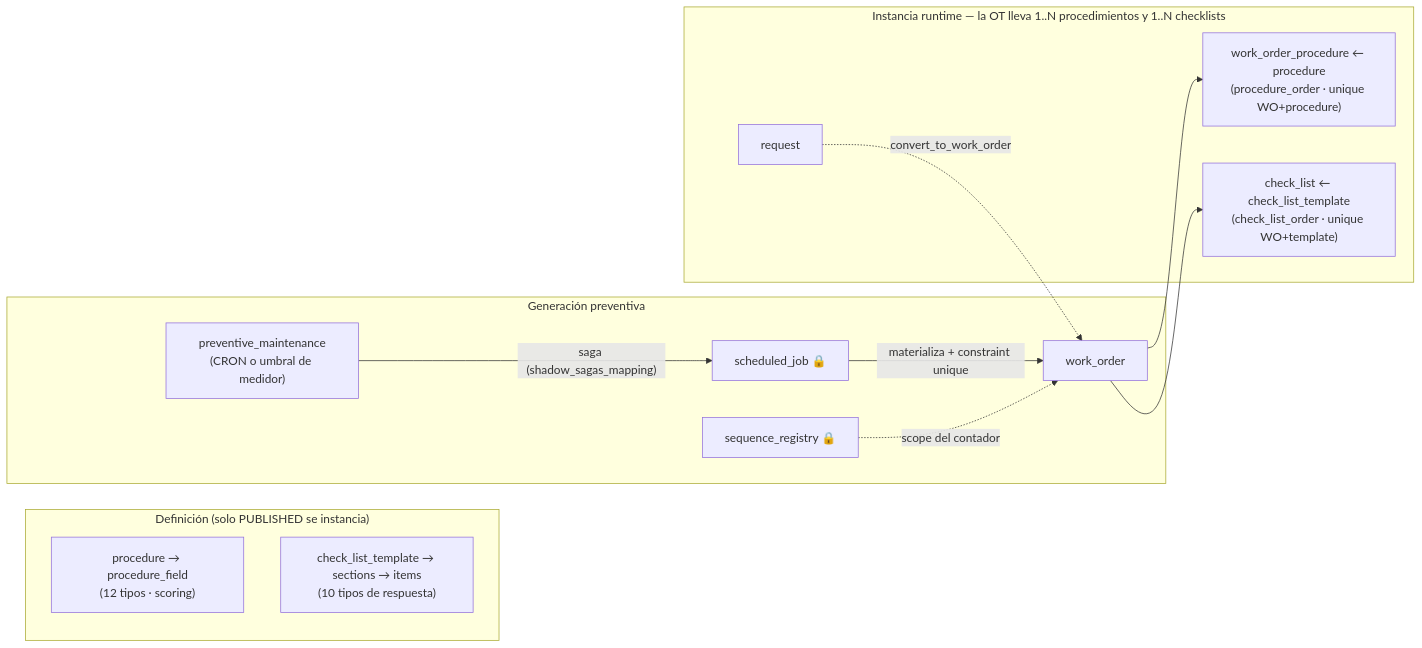
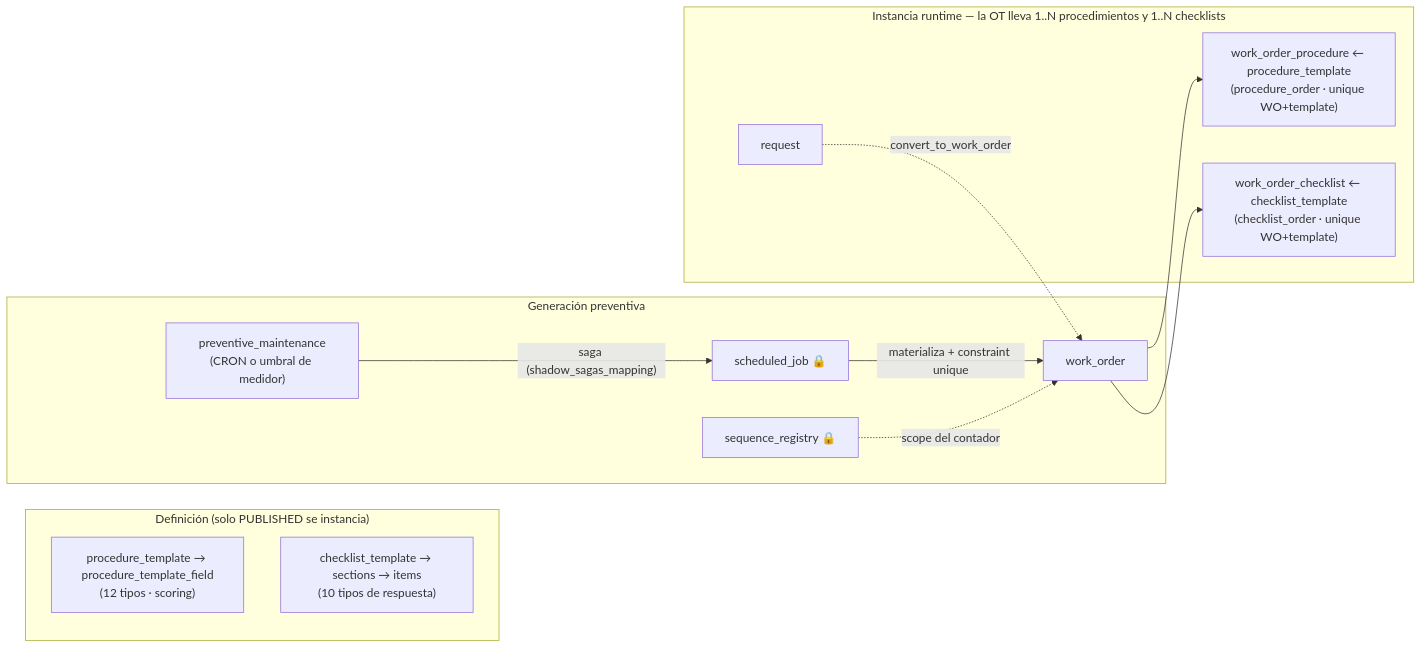
One commit to metritechnology/metri-engine changed the third of 5 diagrams in docs/reference/diagrama-modelo-datos.md. Above: the diagram before and after it, drawn with Mermaid. The commit also changed other lines of this file and 19 other files, not shown here.

First line of the commit message:
refactor(modelos): renombrado para desambiguar — _template vs work_order_

````diff
--- a/docs/reference/diagrama-modelo-datos.md
+++ b/docs/reference/diagrama-modelo-datos.md
@@ -126,20 +126,20 @@
 ```mermaid
 flowchart LR
     subgraph DEFS["Definición (solo PUBLISHED se instancia)"]
-        PR["procedure → procedure_field<br/>(12 tipos · scoring)"]
-        CLT["check_list_template → sections → items<br/>(10 tipos de respuesta)"]
+        PR["procedure_template → procedure_template_field<br/>(12 tipos · scoring)"]
+        CLT["checklist_template → sections → items<br/>(10 tipos de respuesta)"]
     end
 
     subgraph GEN["Generación preventiva"]
         PM["preventive_maintenance<br/>(CRON o umbral de medidor)"]
         PM -->|"saga (shadow_sagas_mapping)"| SJ["scheduled_job 🔒"]
         SJ -->|"materializa + constraint unique"| WO2["work_order"]
         SEQ["sequence_registry 🔒"] -.->|"scope del contador"| WO2
     end
 
     subgraph RUN["Instancia runtime — la OT lleva 1..N procedimientos y 1..N checklists"]
-        WO2 --> WPR2["work_order_procedure ← procedure<br/>(procedure_order · unique WO+procedure)"]
-        WO2 --> CL2["check_list ← check_list_template<br/>(check_list_order · unique WO+template)"]
+        WO2 --> WPR2["work_order_procedure ← procedure_template<br/>(procedure_order · unique WO+template)"]
+        WO2 --> CL2["work_order_checklist ← checklist_template<br/>(checklist_order · unique WO+template)"]
         REQ2["request"] -.->|"convert_to_work_order"| WO2
     end
 ```
````
